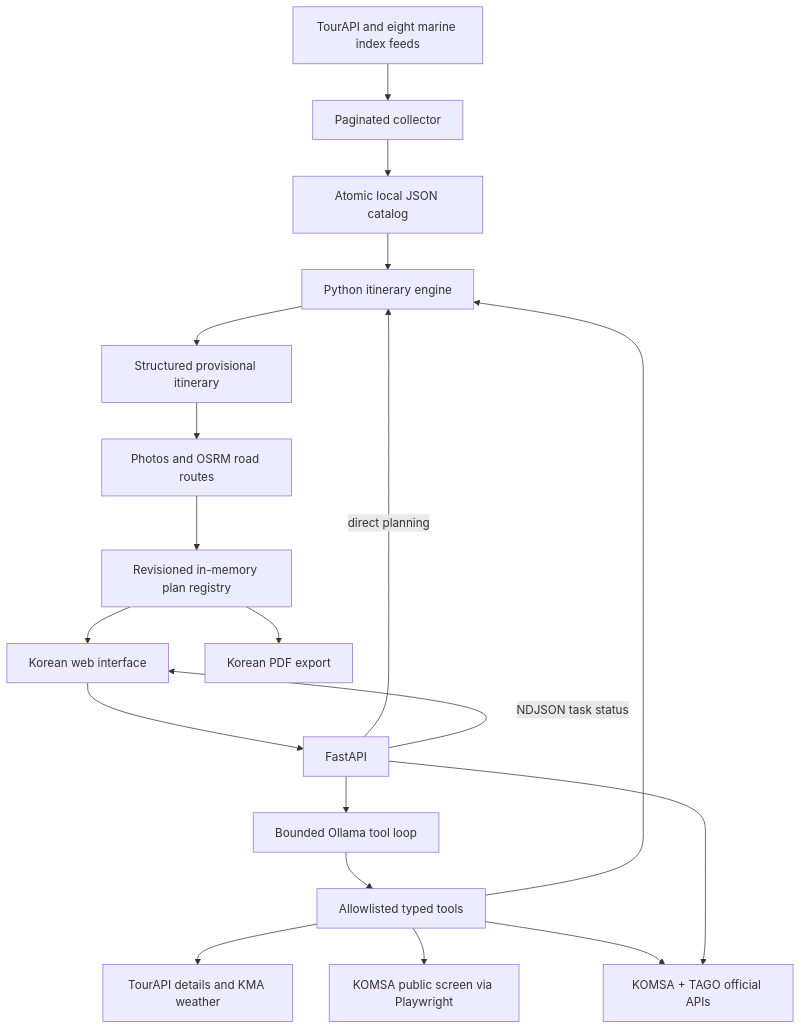
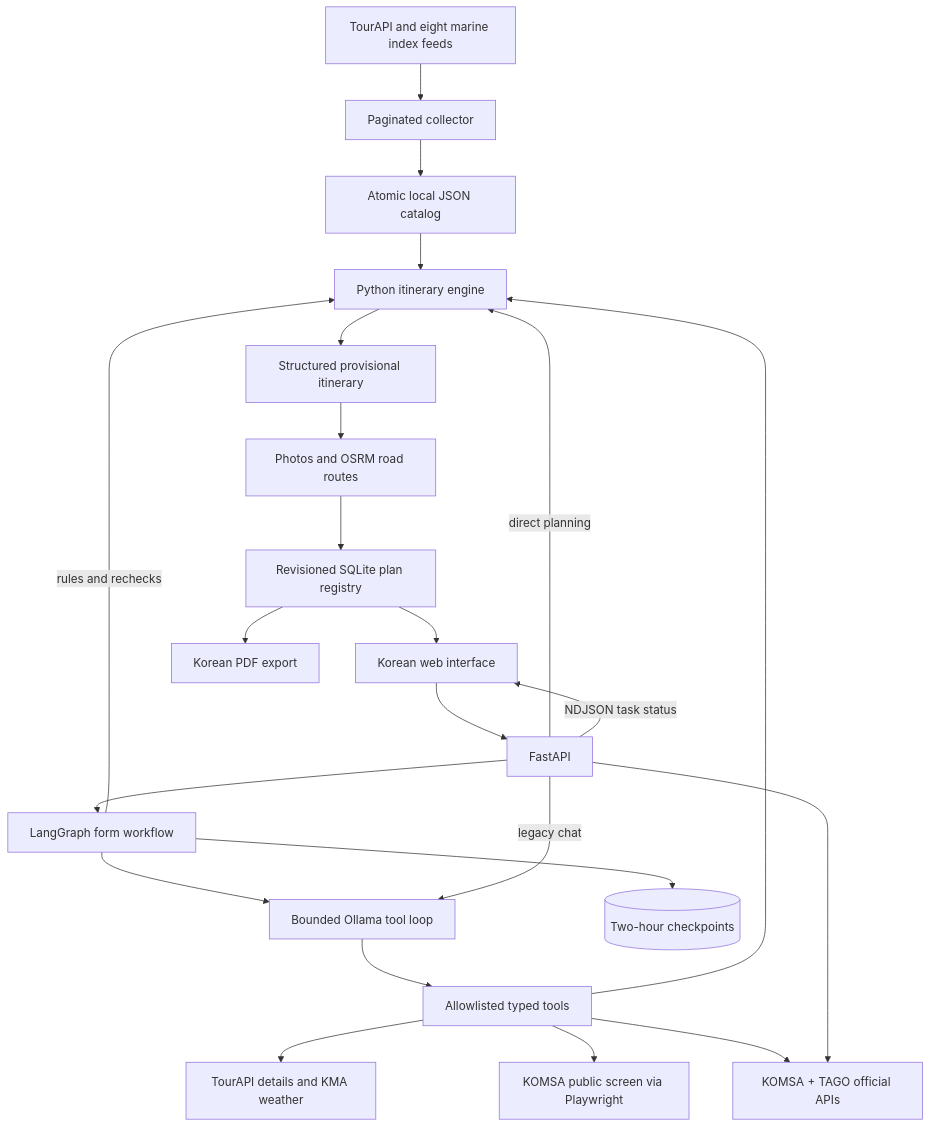
One commit to fortranmentis/marine-travel-AI-agent changed the second of 2 diagrams in README.md. Above: the diagram before and after it, drawn with Mermaid. The commit also changed other lines of this file and 45 other files, not shown here.

````diff
--- a/README.md
+++ b/README.md
@@ -194,21 +204,25 @@
 ```mermaid
 flowchart TD
     Sources[TourAPI and eight marine index feeds] --> Sync[Paginated collector]
     Sync --> Catalog[Atomic local JSON catalog]
     UI[Korean web interface] --> API[FastAPI]
-    API --> Agent[Bounded Ollama tool loop]
+    API --> Graph[LangGraph form workflow]
+    Graph --> Agent[Bounded Ollama tool loop]
+    API -->|legacy chat| Agent
+    Graph --> Checkpoint[(Two-hour checkpoints)]
+    Graph -->|rules and rechecks| Planner
     Agent --> Tools[Allowlisted typed tools]
     Tools --> Planner[Python itinerary engine]
     Tools --> Detail[TourAPI details and KMA weather]
     Catalog --> Planner
     API -->|direct planning| Planner
     Planner --> Plan[Structured provisional itinerary]
     Plan --> Enrich[Photos and OSRM road routes]
-    Enrich --> Store[Revisioned in-memory plan registry]
+    Enrich --> Store[Revisioned SQLite plan registry]
     Store --> UI
     Store --> PDF[Korean PDF export]
     Tools --> Ferry[KOMSA public screen via Playwright]
     Tools --> Transport[KOMSA + TAGO official APIs]
     API --> Transport
     API -->|NDJSON task status| UI
 ```
````
